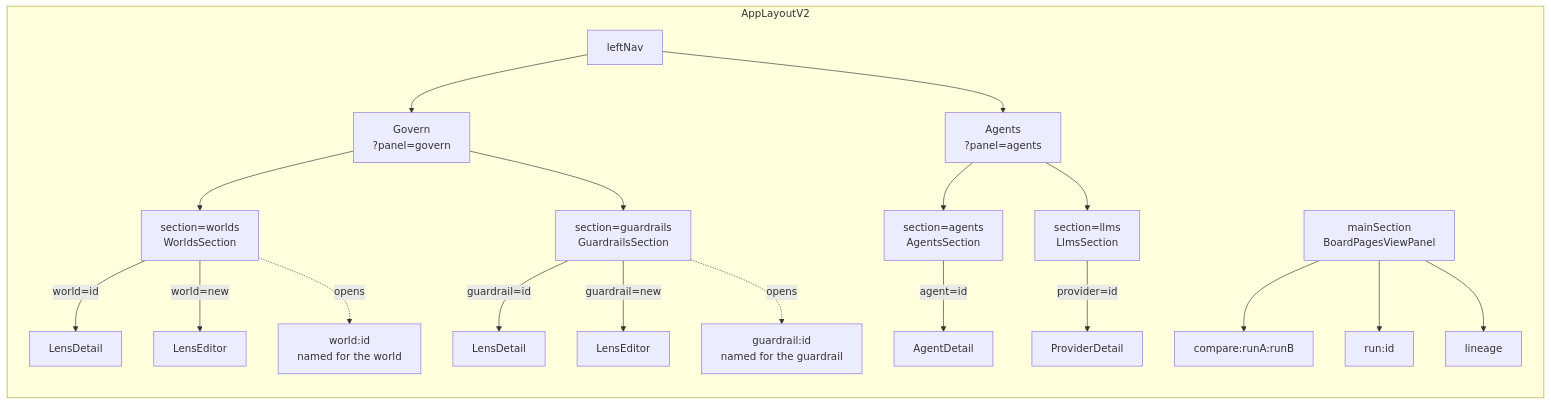
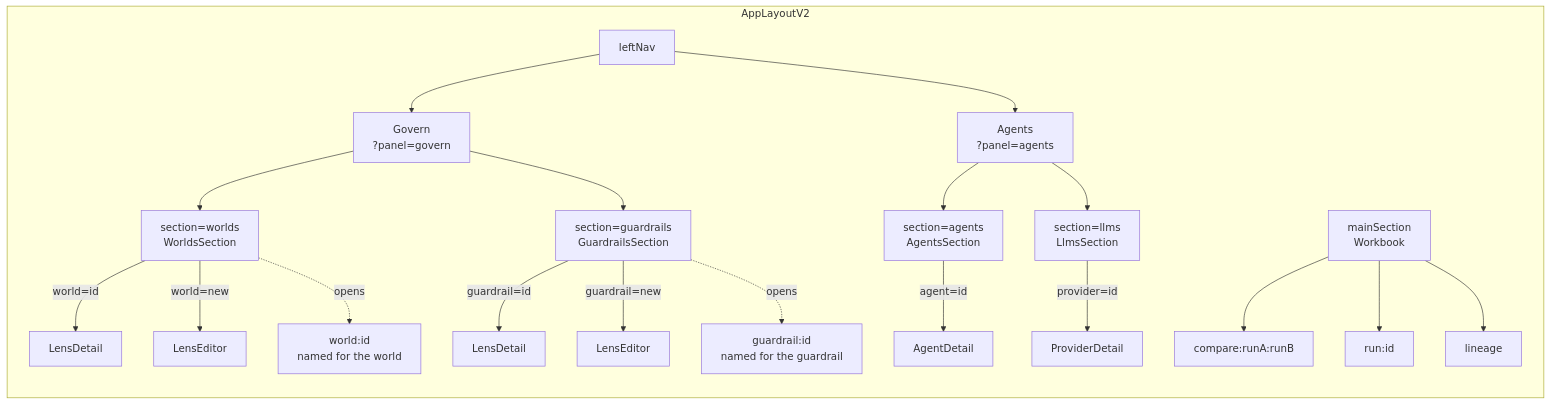
One commit to invana/invana changed the diagram in docs/for-developers/building-studio/govern-and-agents-panels.md. Above: the diagram before and after it, drawn with Mermaid. The commit also changed other lines of this file and 130 other files, not shown here.

````diff
--- a/docs/for-developers/building-studio/govern-and-agents-panels.md
+++ b/docs/for-developers/building-studio/govern-and-agents-panels.md
@@ -30,22 +30,22 @@
 ```mermaid
 flowchart LR
     subgraph Shell["AppLayoutV2"]
         N[leftNav] --> G["Govern<br/>?panel=govern"]
         N --> A["Agents<br/>?panel=agents"]
         G --> GW["section=worlds<br/>WorldsSection"]
         G --> GG["section=guardrails<br/>GuardrailsSection"]
         A --> AR["section=agents<br/>AgentsSection"]
         A --> AL["section=llms<br/>LlmsSection"]
         GW -->|world=id| WD[LensDetail]
         GW -->|world=new| WE[LensEditor]
         GG -->|guardrail=id| GD[LensDetail]
         GG -->|guardrail=new| GE[LensEditor]
         AR -->|agent=id| AD[AgentDetail]
         AL -->|provider=id| PD[ProviderDetail]
-        M[mainSection<br/>BoardPagesViewPanel] --> C["compare:runA:runB"]
+        M[mainSection<br/>Workbook] --> C["compare:runA:runB"]
         GW -.->|opens| WB["world:id<br/>named for the world"]
         GG -.->|opens| GB["guardrail:id<br/>named for the guardrail"]
         M --> R["run:id"]
         M --> LN["lineage"]
     end
 ```
````
